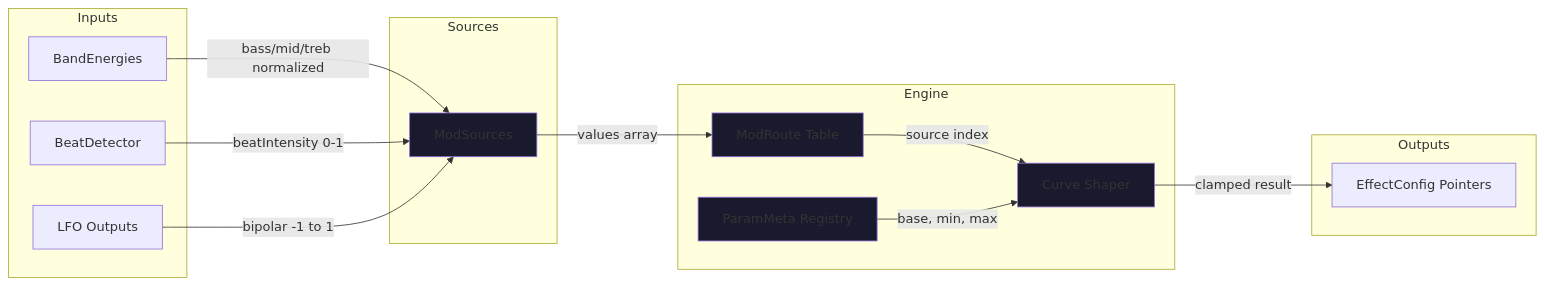
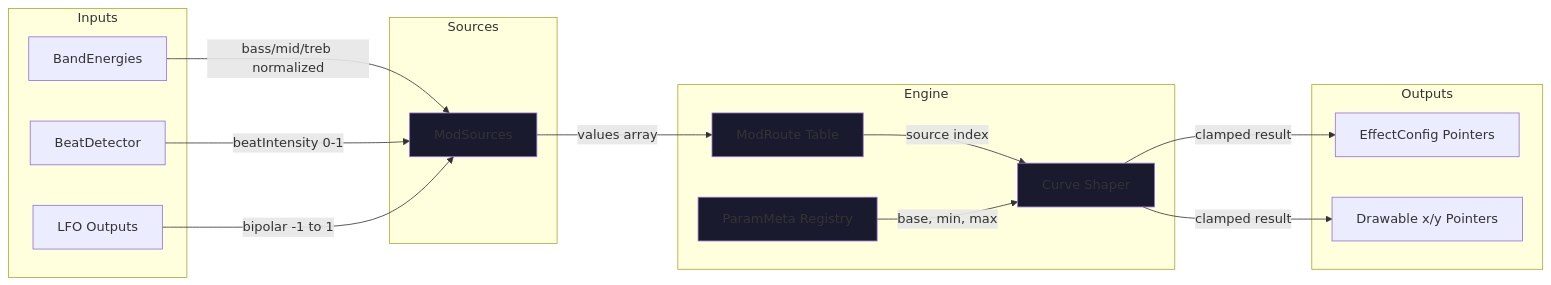
Before and after one commit to EvanLavender13/audio-jones: the diagram in docs/modules/automation.md, drawn with Mermaid. The commit also changed other lines of this file and 6 other files, not shown here.

First line of the commit message:
Sync architecture docs with drawable modulation changes

````diff
--- a/docs/modules/automation.md
+++ b/docs/modules/automation.md
@@ -17,35 +18,37 @@
 ```mermaid
 graph LR
     subgraph Inputs
         A[BandEnergies]
         B[BeatDetector]
         C[LFO Outputs]
     end
 
     subgraph Sources
         D[ModSources]
     end
 
     subgraph Engine
         E[ModRoute Table]
         F[ParamMeta Registry]
         G[Curve Shaper]
     end
 
     subgraph Outputs
         H[EffectConfig Pointers]
+        I[Drawable x/y Pointers]
     end
 
     A -->|bass/mid/treb normalized| D
     B -->|beatIntensity 0-1| D
     C -->|bipolar -1 to 1| D
     D -->|values array| E
     E -->|source index| G
     F -->|base, min, max| G
     G -->|clamped result| H
+    G -->|clamped result| I
 
     style D fill:#1a1a2e
     style E fill:#1a1a2e
     style F fill:#1a1a2e
     style G fill:#1a1a2e
 ```
````
